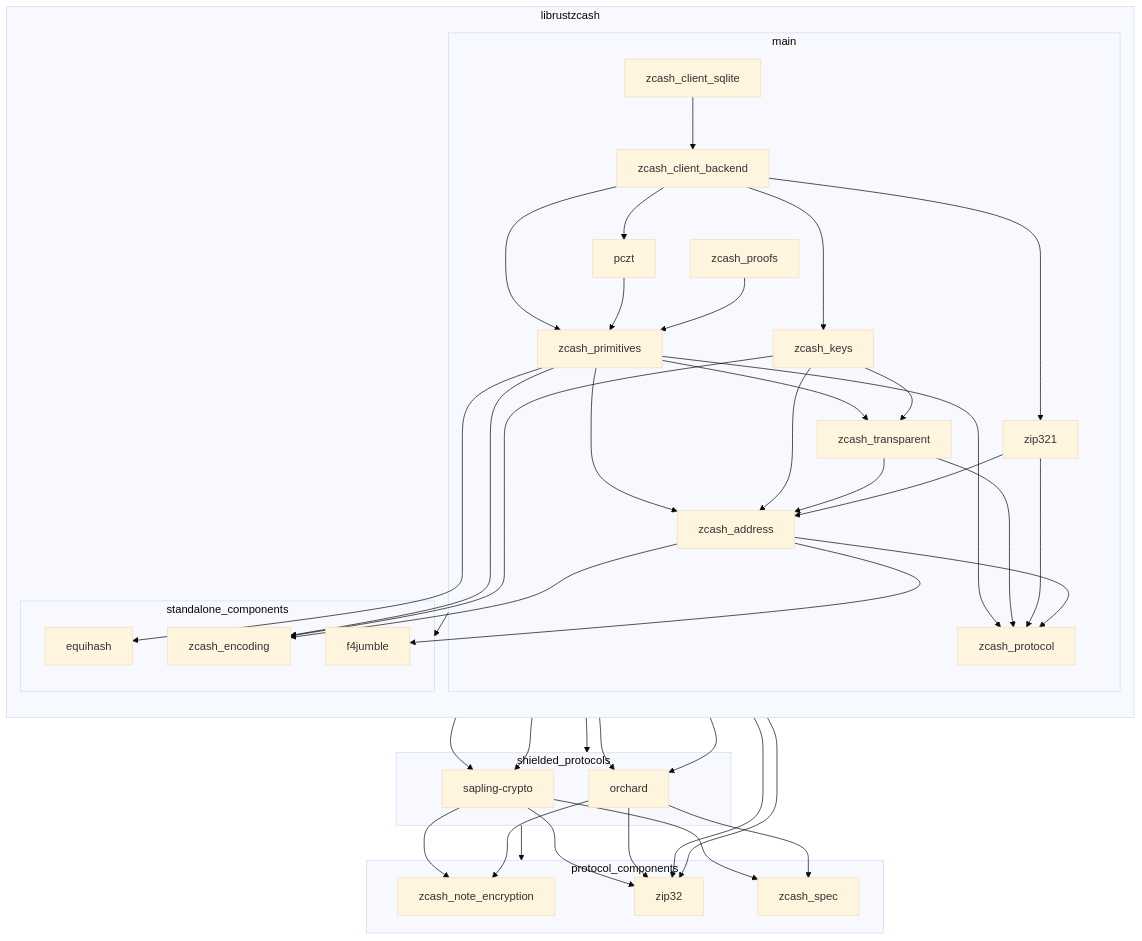
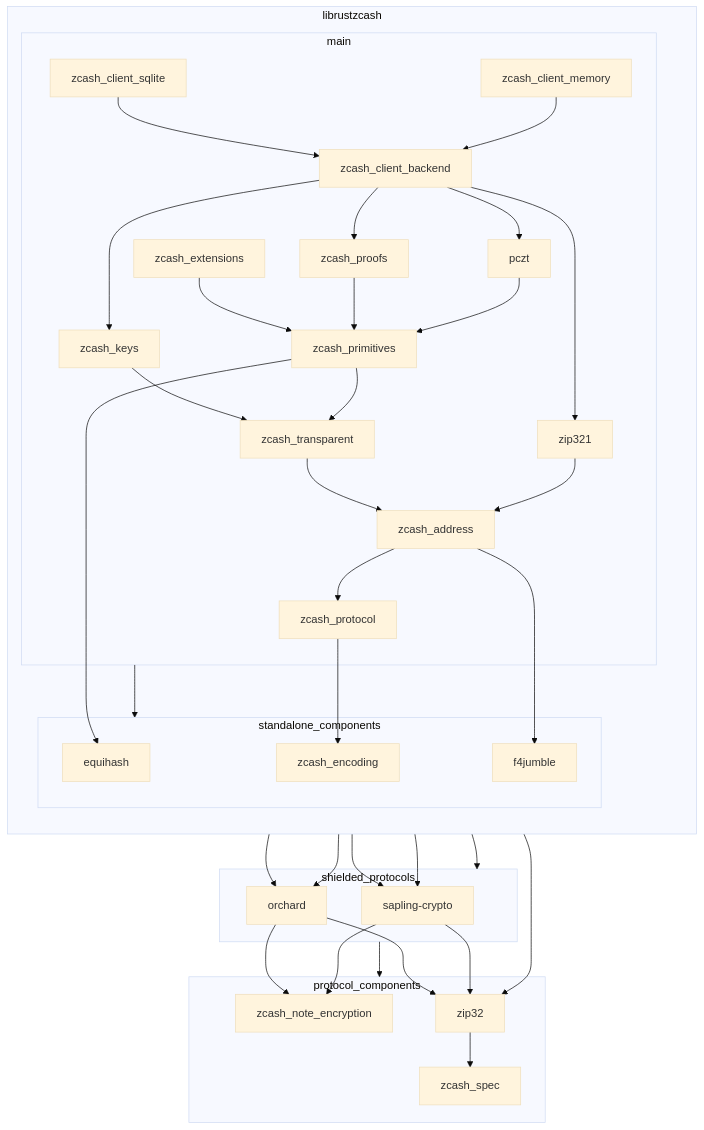
The diagram in README.md (zcash/librustzcash), drawn with Mermaid (base theme) before and after one commit. The commit also changed other lines of this file and 188 other files, not shown here.

````diff
--- a/README.md
+++ b/README.md
@@ -8,92 +22,155 @@
     subgraph librustzcash
         direction TB
         subgraph main
-        zcash_address
-        zcash_primitives
-        zcash_transparent
-        zcash_proofs
-        zcash_protocol
-        pczt
-        zcash_client_backend
-        zcash_client_sqlite
-        zcash_keys
-        zip321
+            zcash_address
+            zcash_primitives
+            zcash_transparent
+            zcash_proofs
+            zcash_extensions
+            zcash_protocol
+            pczt
+            zcash_client_backend
+            zcash_client_memory
+            zcash_client_sqlite
+            zcash_keys
+            zip321
         end
 
         subgraph standalone_components
-        equihash
-        f4jumble
-        zcash_encoding
+            equihash
+            f4jumble
+            zcash_encoding
         end
     end
 
     subgraph shielded_protocols
-    sapling[sapling-crypto]
-    orchard[orchard]
+        sapling-crypto
+        orchard
     end
 
     subgraph protocol_components
-    zcash_note_encryption
-    zip32
-    zcash_spec
+        zcash_note_encryption
+        zip32
+        zcash_spec
     end
 
+    %% Direct edges that also have a transitive path are left in (so the linter checks
+    %% they are deliberate edges) but commented out (to simplify the graph).
+
     zcash_client_sqlite --> zcash_client_backend
-    zcash_client_backend --> zcash_primitives
+    zcash_client_memory --> zcash_client_backend
+
+    zcash_client_backend --> pczt
+
+    %% zcash_client_sqlite --> zcash_keys
+    %% zcash_client_memory --> zcash_keys
+    zcash_client_backend --> zcash_keys
+
+    zcash_client_backend --> zcash_proofs
+
+    zcash_extensions --> zcash_primitives
+    zcash_proofs --> zcash_primitives
+    pczt --> zcash_primitives
+    %% zcash_client_backend --> zcash_primitives
+    %% zcash_client_sqlite --> zcash_primitives
+    %% zcash_client_memory --> zcash_primitives
+
+    %% zcash_client_sqlite --> zcash_transparent
+    %% zcash_client_memory --> zcash_transparent
+    %% zcash_client_backend --> zcash_transparent
+    %% pczt --> zcash_transparent
+    zcash_keys --> zcash_transparent
+    zcash_primitives --> zcash_transparent
+
     zcash_client_backend --> zip321
-    zcash_client_backend --> zcash_keys
-    zcash_client_backend --> pczt
-    pczt --> zcash_primitives
-    zcash_proofs --> zcash_primitives
-    zcash_primitives --> zcash_protocol
+
+    zcash_transparent --> zcash_address
+    %% zcash_keys --> zcash_address
+    %% zcash_client_backend --> zcash_address
+    %% zcash_client_sqlite --> zcash_address
+    %% zcash_client_memory --> zcash_address
+    zip321 --> zcash_address
+
+    %% zcash_transparent --> zcash_protocol
+    %% zcash_keys --> zcash_protocol
+    %% zcash_client_sqlite --> zcash_protocol
+    %% zcash_client_memory --> zcash_protocol
+    %% zcash_primitives --> zcash_protocol
+    %% zcash_client_backend --> zcash_protocol
+    %% pczt --> zcash_protocol
+    %% zcash_extensions --> zcash_protocol
+    zcash_address --> zcash_protocol
+    %% zip321 --> zcash_protocol
+
+    %% zcash_client_sqlite --> zcash_encoding
+    %% zcash_transparent --> zcash_encoding
+    %% zcash_client_memory --> zcash_encoding
+    %% zcash_client_backend --> zcash_encoding
+    %% zcash_keys --> zcash_encoding
+    %% zcash_primitives --> zcash_encoding
+    %% zcash_address --> zcash_encoding
+    zcash_protocol --> zcash_encoding
+
     zcash_primitives --> equihash
-    zcash_primitives --> zcash_encoding
-    zcash_primitives --> zcash_address
-    zcash_primitives --> zcash_transparent
-    zcash_primitives --> sapling
+    zcash_address --> f4jumble
+
+    %% zcash_client_backend --> orchard
+    %% pczt --> orchard
+    zcash_keys --> orchard
     zcash_primitives --> orchard
-    zcash_keys --> zcash_address
-    zcash_keys --> zcash_encoding
-    zcash_keys --> zip32
-    zcash_keys --> zcash_transparent
-    zcash_keys --> orchard
-    zcash_keys --> sapling
-    zcash_transparent --> zcash_protocol
-    zcash_transparent --> zcash_address
+    %% zcash_client_sqlite --> orchard
+    %% zcash_client_memory --> orchard
+
+    %% zcash_client_sqlite --> sapling-crypto
+    %% zcash_client_memory --> sapling-crypto
+    %% zcash_client_backend --> sapling-crypto
+    zcash_keys --> sapling-crypto
+    %% zcash_proofs --> sapling-crypto
+    zcash_primitives --> sapling-crypto
+    %% pczt --> sapling-crypto
+
+    orchard --> zcash_note_encryption
+    sapling-crypto --> zcash_note_encryption
+    %% zcash_primitives --> zcash_note_encryption
+    %% pczt --> zcash_note_encryption
+    %% zcash_client_backend --> zcash_note_encryption
+
+    %% zcash_client_sqlite --> zip32
+    %% zcash_client_memory --> zip32
+    %% zcash_client_backend --> zip32
+    %% zcash_keys --> zip32
+    orchard --> zip32
+    sapling-crypto --> zip32
     zcash_transparent --> zip32
-    zip321 --> zcash_address
-    zip321 --> zcash_protocol
-    zcash_address --> zcash_protocol
-    zcash_address --> f4jumble
-    zcash_address --> zcash_encoding
-    sapling --> zcash_note_encryption
-    sapling --> zip32
-    sapling --> zcash_spec
-    orchard --> zcash_note_encryption
-    orchard --> zip32
-    orchard --> zcash_spec
+
+    %% zcash_transparent --> zcash_spec
+    %% orchard --> zcash_spec
+    %% sapling-crypto --> zcash_spec
+    zip32 --> zcash_spec
 
     main --> standalone_components
 
     librustzcash --> shielded_protocols
     shielded_protocols --> protocol_components
 
+    click equihash "https://docs.rs/equihash/" _blank
+    click f4jumble "https://docs.rs/f4jumble/" _blank
+    click orchard "https://docs.rs/orchard/" _blank
+    click pczt "https://docs.rs/pczt/" _blank
+    click sapling-crypto "https://docs.rs/sapling-crypto/" _blank
     click zcash_address "https://docs.rs/zcash_address/" _blank
+    click zcash_encoding "https://docs.rs/zcash_encoding/" _blank
+    click zcash_client_backend "https://docs.rs/zcash_client_backend/" _blank
+    click zcash_client_memory "https://docs.rs/zcash_client_memory/" _blank
+    click zcash_client_sqlite "https://docs.rs/zcash_client_sqlite/" _blank
+    click zcash_extensions "https://docs.rs/zcash_extensions/" _blank
+    click zcash_keys "https://docs.rs/zcash_keys/" _blank
+    click zcash_note_encryption "https://docs.rs/zcash_note_encryption/" _blank
     click zcash_primitives "https://docs.rs/zcash_primitives/" _blank
-    click zcash_transparent "https://docs.rs/zcash_transparent/" _blank
     click zcash_proofs "https://docs.rs/zcash_proofs/" _blank
     click zcash_protocol "https://docs.rs/zcash_protocol/" _blank
-    click zcash_keys "https://docs.rs/zcash_keys/" _blank
+    click zcash_spec "https://docs.rs/zcash_spec/" _blank
+    click zcash_transparent "https://docs.rs/zcash_transparent/" _blank
     click zip321 "https://docs.rs/zip321/" _blank
-    click pczt "https://docs.rs/pczt/" _blank
-    click zcash_client_backend "https://docs.rs/zcash_client_backend/" _blank
-    click zcash_client_sqlite "https://docs.rs/zcash_client_sqlite/" _blank
-    click equihash "https://docs.rs/equihash/" _blank
-    click f4jumble "https://docs.rs/f4jumble/" _blank
-    click zcash_encoding "https://docs.rs/zcash_encoding/" _blank
-    click sapling "https://docs.rs/sapling-crypto/" _blank
-    click orchard "https://docs.rs/orchard/" _blank
-    click zcash_note_encryption "https://docs.rs/zcash_note_encryption/" _blank
     click zip32 "https://docs.rs/zip32/" _blank
-    click zcash_spec "https://docs.rs/zcash_spec/" _blank
 ```
````
